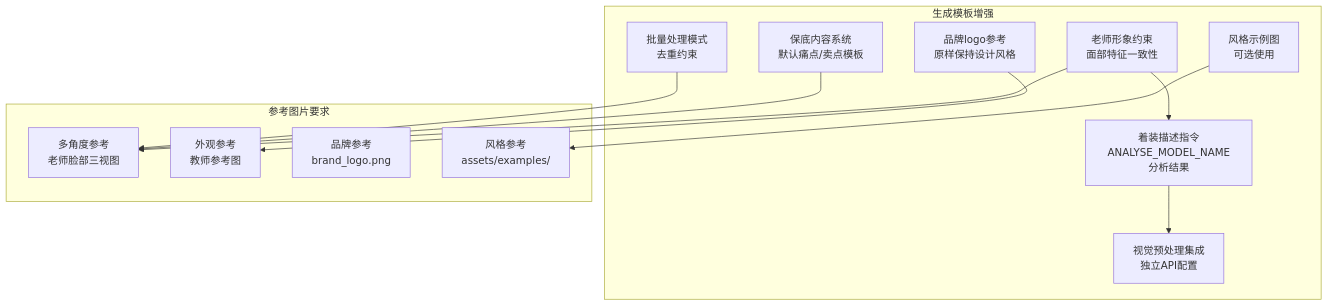
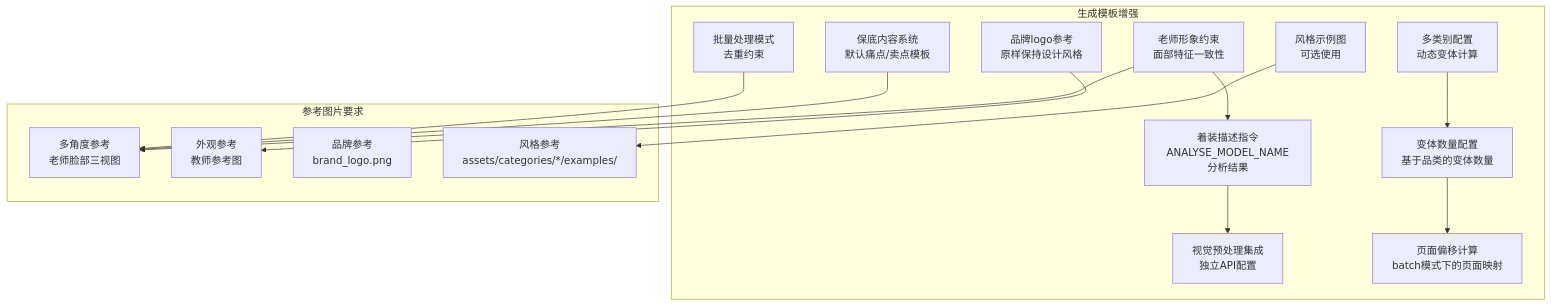
Diagram 19 of 23 in .qoder/repowiki/zh/content/配置和定制/配置和定制.md (WongMingJiu/landingpage-test-hero-page), drawn with Mermaid before and after one commit. The commit also changed other lines of this file and 6 other files, not shown here.

````diff
--- a/.qoder/repowiki/zh/content/配置和定制/配置和定制.md
+++ b/.qoder/repowiki/zh/content/配置和定制/配置和定制.md
@@ -682,25 +919,30 @@
 ```mermaid
 graph TB
 subgraph "生成模板增强"
 TeacherConstraints[老师形象约束<br/>面部特征一致性]
 OutfitInstruction[着装描述指令<br/>ANALYSE_MODEL_NAME分析结果]
 BrandLogo[品牌logo参考<br/>原样保持设计风格]
 StyleExamples[风格示例图<br/>可选使用]
 FallbackContent[保底内容系统<br/>默认痛点/卖点模板]
 VisualPreprocess[视觉预处理集成<br/>独立API配置]
 BatchMode[批量处理模式<br/>去重约束]
+CategoryConfig[多类别配置<br/>动态变体计算]
+VariantCount[变体数量配置<br/>基于品类的变体数量]
+PageOffset[页面偏移计算<br/>batch模式下的页面映射]
 end
 subgraph "参考图片要求"
 MultiAngle[多角度参考<br/>老师脸部三视图]
 AppearanceRef[外观参考<br/>教师参考图]
 BrandRef[品牌参考<br/>brand_logo.png]
-StyleRef[风格参考<br/>assets/examples/]
+StyleRef[风格参考<br/>assets/categories/*/examples/]
 end
 TeacherConstraints --> MultiAngle
 TeacherConstraints --> OutfitInstruction
 OutfitInstruction --> VisualPreprocess
 BrandLogo --> AppearanceRef
 StyleExamples --> StyleRef
 FallbackContent --> MultiAngle
 BatchMode --> MultiAngle
+CategoryConfig --> VariantCount
+VariantCount --> PageOffset
 ```
````
